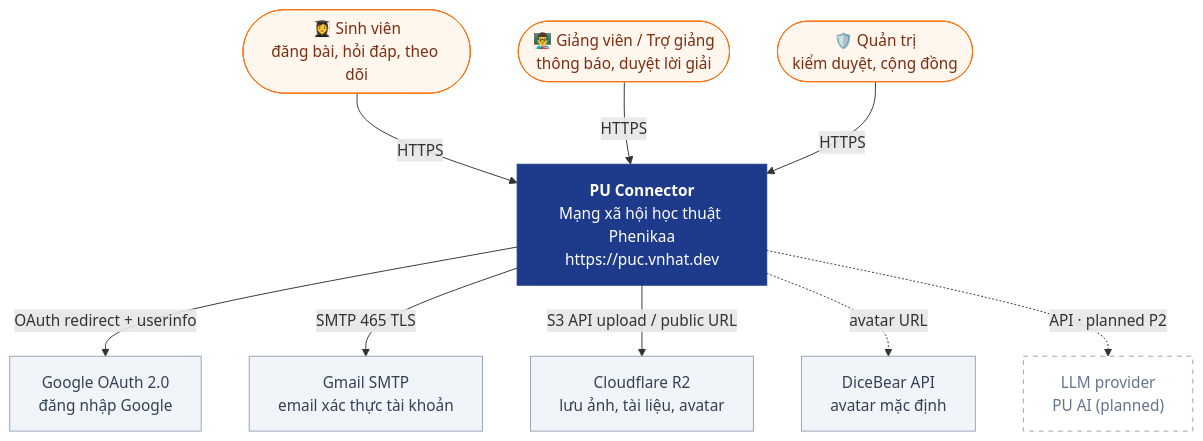
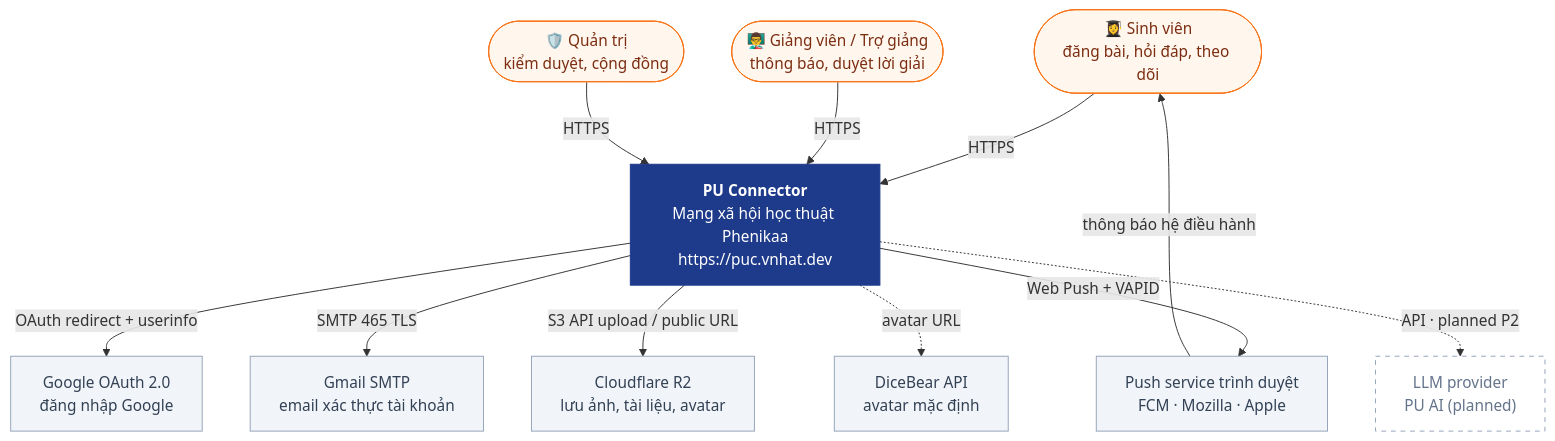
One commit to nhatcoi/pu-connect changed the diagram in docs/diagrams/01-system-context.md. Above: the diagram before and after it, drawn with Mermaid. The commit also changed other lines of this file and 8 other files, not shown here.

Commit message:
docs: Web Push and BullMQ design, diagrams and ERD

````diff
--- a/docs/diagrams/01-system-context.md
+++ b/docs/diagrams/01-system-context.md
@@ -5,33 +5,36 @@
 ```mermaid
 flowchart TB
   student(["👩‍🎓 Sinh viên<br/>đăng bài, hỏi đáp, theo dõi"])
   lecturer(["👨‍🏫 Giảng viên / Trợ giảng<br/>thông báo, duyệt lời giải"])
   admin(["🛡️ Quản trị<br/>kiểm duyệt, cộng đồng"])
 
   puc["<b>PU Connector</b><br/>Mạng xã hội học thuật Phenikaa<br/>https://puc.vnhat.dev"]
 
   google["Google OAuth 2.0<br/>đăng nhập Google"]
   gmail["Gmail SMTP<br/>email xác thực tài khoản"]
   r2["Cloudflare R2<br/>lưu ảnh, tài liệu, avatar"]
   dicebear["DiceBear API<br/>avatar mặc định"]
+  pushsvc["Push service trình duyệt<br/>FCM · Mozilla · Apple"]
   llm["LLM provider<br/>PU AI (planned)"]
 
   student -->|HTTPS| puc
   lecturer -->|HTTPS| puc
   admin -->|HTTPS| puc
 
   puc -->|OAuth redirect + userinfo| google
   puc -->|SMTP 465 TLS| gmail
   puc -->|S3 API upload / public URL| r2
+  puc -->|Web Push + VAPID| pushsvc
+  pushsvc -->|thông báo hệ điều hành| student
   puc -.->|avatar URL| dicebear
   puc -.->|API · planned P2| llm
 
   classDef system fill:#1e3a8a,stroke:#1e3a8a,color:#fff
   classDef external fill:#f1f5f9,stroke:#94a3b8,color:#334155
   classDef person fill:#fff7ed,stroke:#f97316,color:#7c2d12
   classDef planned fill:#fff,stroke:#94a3b8,color:#64748b,stroke-dasharray:5 5
   class puc system
-  class google,gmail,r2,dicebear external
+  class google,gmail,r2,dicebear,pushsvc external
   class student,lecturer,admin person
   class llm planned
 ```
````
